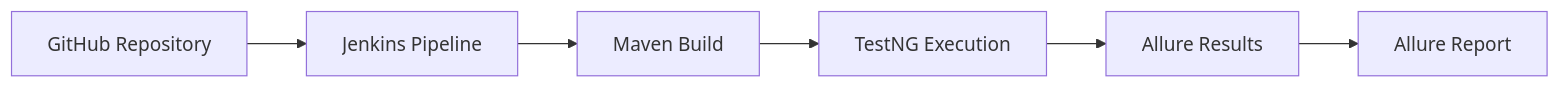
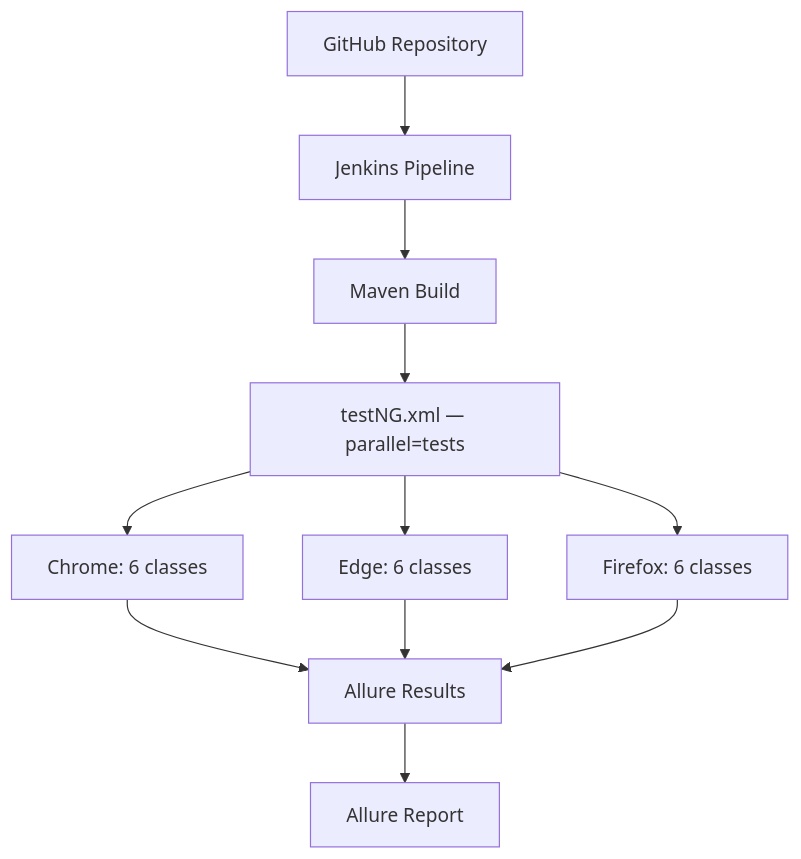
The diagram in README.md (mohamed17803/HamoFirstSelenium), drawn with Mermaid before and after one commit. The commit also changed other lines of this file, not shown here.

````diff
--- a/README.md
+++ b/README.md
@@ -212,14 +234,13 @@
 ```mermaid
-flowchart LR
-
-A[GitHub Repository]
---> B[Jenkins Pipeline]
-
-B --> C[Maven Build]
-
-C --> D[TestNG Execution]
-
-D --> E[Allure Results]
-
-E --> F[Allure Report]
+flowchart TD
+    A[GitHub Repository] --> B[Jenkins Pipeline]
+    B --> C[Maven Build]
+    C --> D[testNG.xml — parallel=tests]
+    D --> E[Chrome: 6 classes]
+    D --> F[Edge: 6 classes]
+    D --> G[Firefox: 6 classes]
+    E --> H[Allure Results]
+    F --> H
+    G --> H
+    H --> I[Allure Report]
 ```
````
